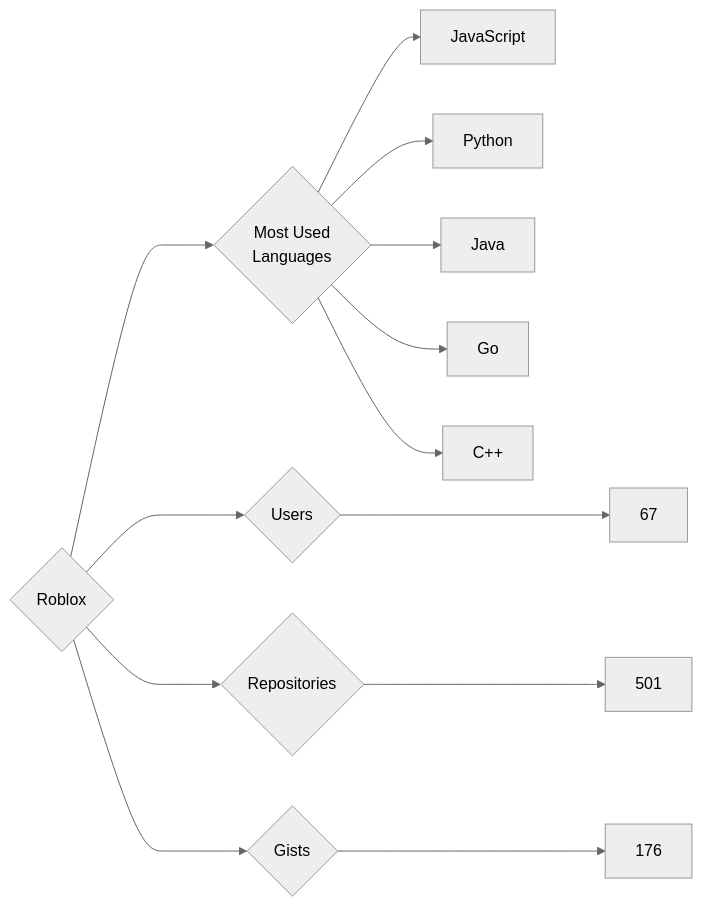
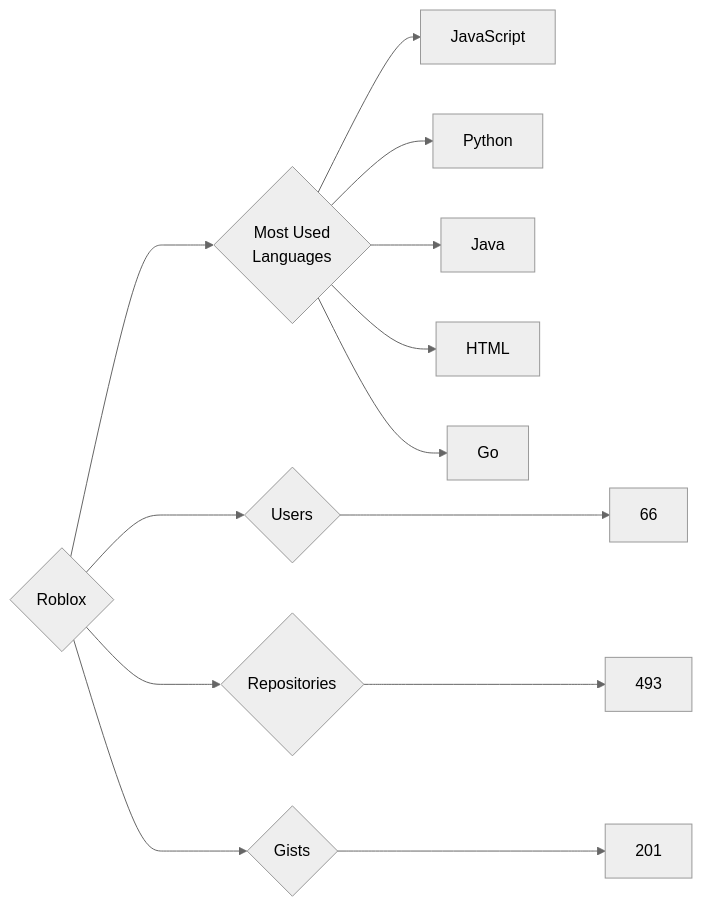
One commit to trickest/insiders changed the diagram in targets/Roblox/README.md. Above: the diagram before and after it, drawn with Mermaid (neutral theme). The commit also changed 1011 other files, not shown here.

````diff
--- a/targets/Roblox/README.md
+++ b/targets/Roblox/README.md
@@ -3,13 +3,13 @@
 ```mermaid
 graph LR
 COMPANY_NAME{Roblox}
-COMPANY_NAME ---> U{Users} ---> UN[67]
-COMPANY_NAME ---> R{Repositories} ---> RN[501]
-COMPANY_NAME ---> G{Gists} ---> GN[176]
+COMPANY_NAME ---> U{Users} ---> UN[66]
+COMPANY_NAME ---> R{Repositories} ---> RN[493]
+COMPANY_NAME ---> G{Gists} ---> GN[201]
 COMPANY_NAME ---> ML{Most Used<br>Languages}
 ML --> JavaScript[JavaScript]
 ML --> Python[Python]
 ML --> Java[Java]
+ML --> HTML[HTML]
 ML --> Go[Go]
-ML --> C++[C++]
 ```
````
